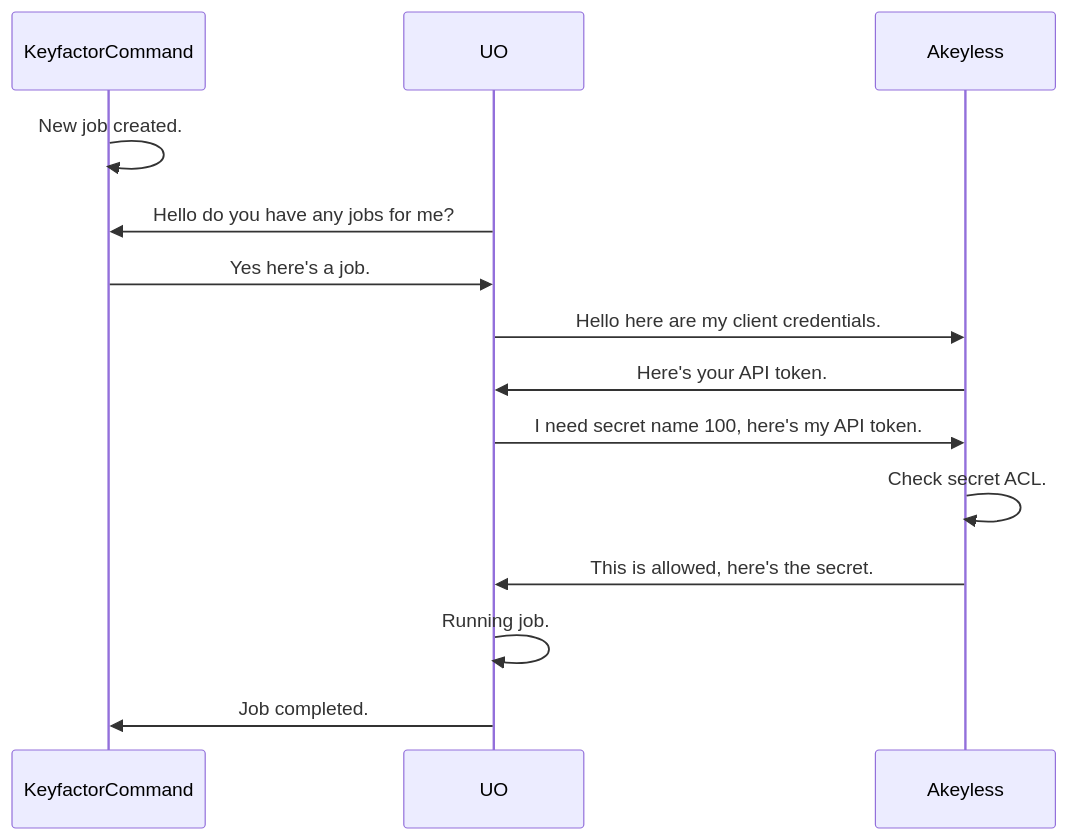
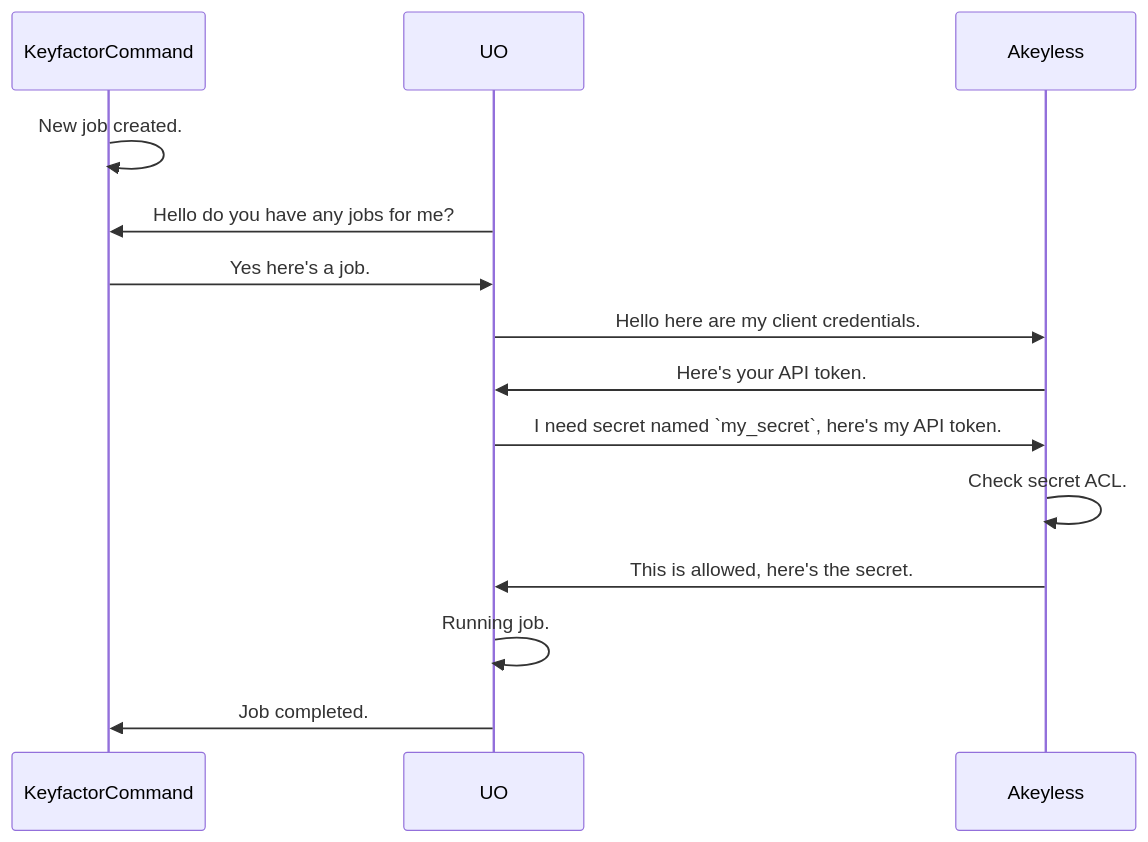
One commit to Keyfactor/akeyless-pam changed the first of 2 diagrams in docs/akeyless.md. Above: the diagram before and after it, drawn with Mermaid. The commit also changed other lines of this file and 17 other files, not shown here.

````diff
--- a/docs/akeyless.md
+++ b/docs/akeyless.md
@@ -70,13 +69,13 @@
 ```mermaid
 sequenceDiagram
     KeyfactorCommand->>KeyfactorCommand: New job created.
     UO->>KeyfactorCommand: Hello do you have any jobs for me?
     KeyfactorCommand->>UO: Yes here's a job.
     UO->>Akeyless: Hello here are my client credentials.
     Akeyless->>UO: Here's your API token.
-    UO->>Akeyless: I need secret name 100, here's my API token.
+    UO->>Akeyless: I need secret named `my_secret`, here's my API token.
     Akeyless->>Akeyless: Check secret ACL.
-    Akeyless->>UO: This is allowed, here's the secret. 
+    Akeyless->>UO: This is allowed, here's the secret.
     UO->>UO: Running job.
     UO->>KeyfactorCommand: Job completed.
 ```
````
